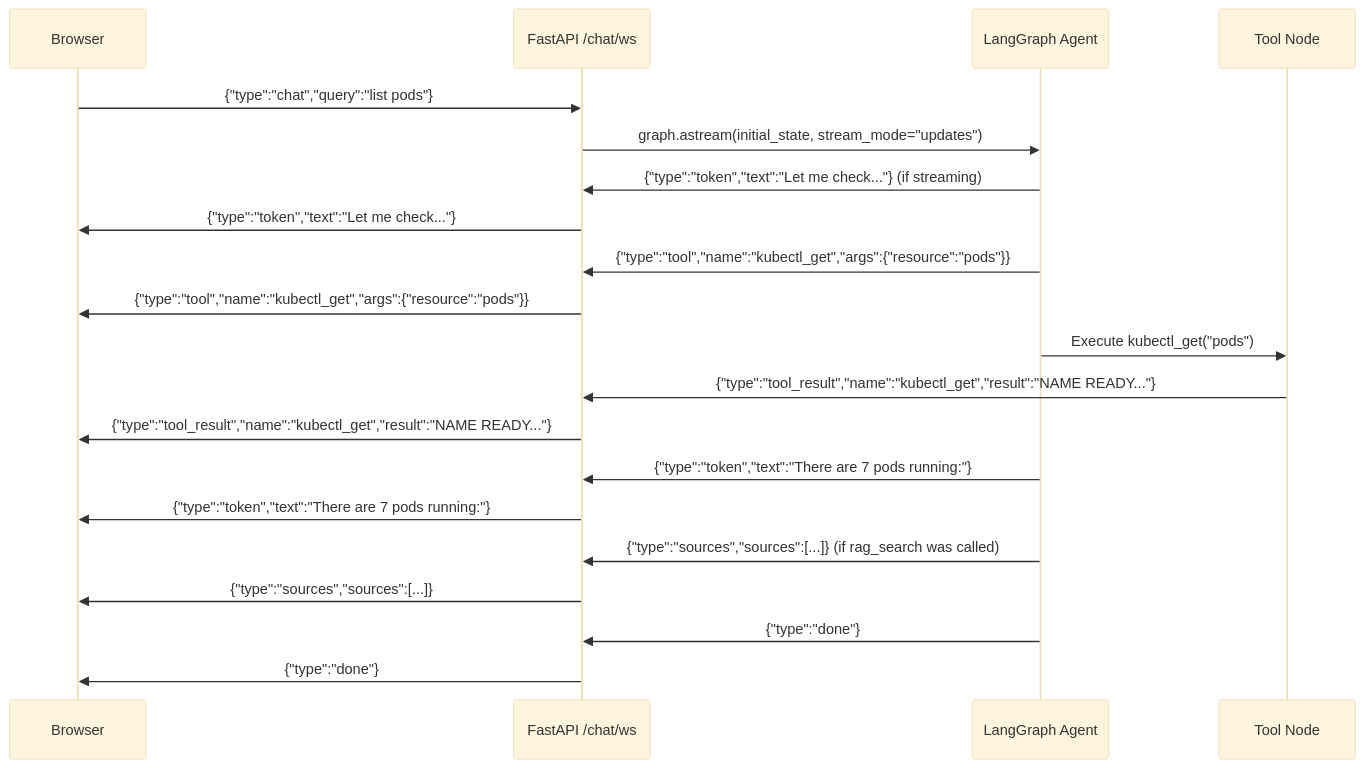
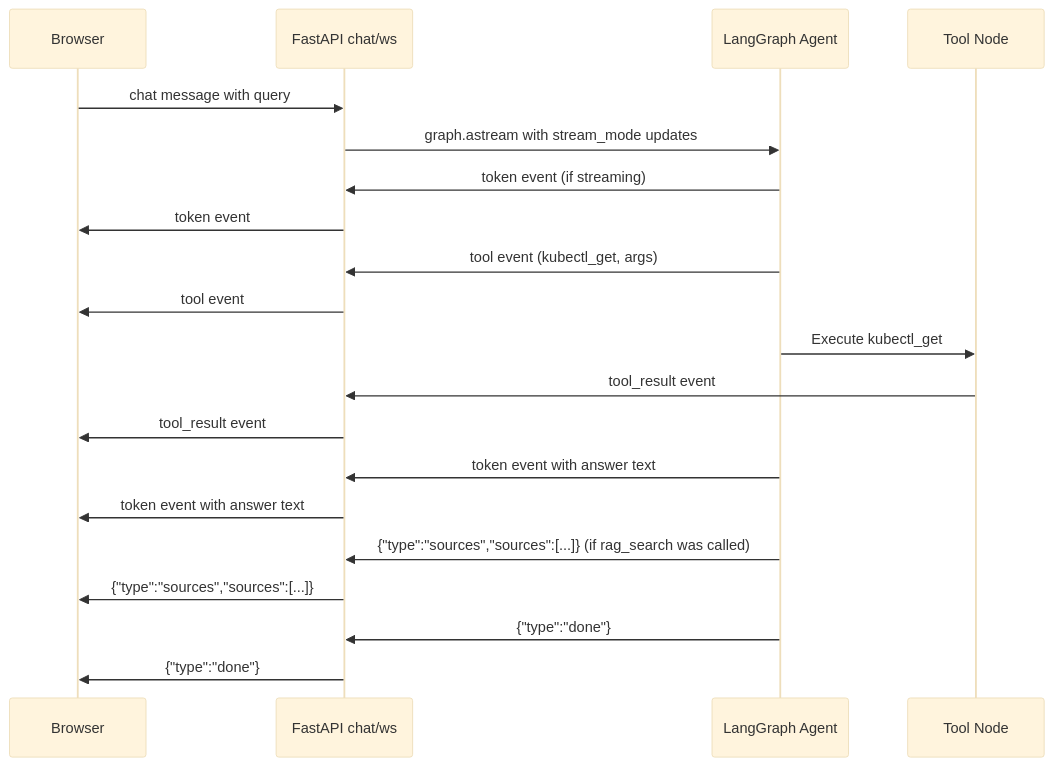
One commit to yessine15/sentinel changed diagram 17 of 29 in docs/PHASE2_EXPLAINED.md. Above: the diagram before and after it, drawn with Mermaid (base theme). The commit also changed other lines of this file, not shown here.

First line of the commit message:
docs: fix all mermaid v11.15.0 syntax errors in Phase 2 guide

````diff
--- a/docs/PHASE2_EXPLAINED.md
+++ b/docs/PHASE2_EXPLAINED.md
@@ -650,29 +639,29 @@
 ```mermaid
 sequenceDiagram
     participant Browser
-    participant Server as FastAPI /chat/ws
+    participant Server as FastAPI chat/ws
     participant Agent as LangGraph Agent
     participant Tools as Tool Node
 
-    Browser->>Server: {"type":"chat","query":"list pods"}
-    Server->>Agent: graph.astream(initial_state, stream_mode="updates")
+    Browser->>Server: chat message with query
+    Server->>Agent: graph.astream with stream_mode updates
 
-    Agent->>Server: {"type":"token","text":"Let me check..."} (if streaming)
-    Server->>Browser: {"type":"token","text":"Let me check..."}
+    Agent->>Server: token event (if streaming)
+    Server->>Browser: token event
 
-    Agent->>Server: {"type":"tool","name":"kubectl_get","args":{"resource":"pods"}}
-    Server->>Browser: {"type":"tool","name":"kubectl_get","args":{"resource":"pods"}}
+    Agent->>Server: tool event (kubectl_get, args)
+    Server->>Browser: tool event
 
-    Agent->>Tools: Execute kubectl_get("pods")
-    Tools->>Server: {"type":"tool_result","name":"kubectl_get","result":"NAME  READY..."}
-    Server->>Browser: {"type":"tool_result","name":"kubectl_get","result":"NAME  READY..."}
+    Agent->>Tools: Execute kubectl_get
+    Tools->>Server: tool_result event
+    Server->>Browser: tool_result event
 
-    Agent->>Server: {"type":"token","text":"There are 7 pods running:"}
-    Server->>Browser: {"type":"token","text":"There are 7 pods running:"}
+    Agent->>Server: token event with answer text
+    Server->>Browser: token event with answer text
 
     Agent->>Server: {"type":"sources","sources":[...]}  (if rag_search was called)
     Server->>Browser: {"type":"sources","sources":[...]}
 
     Agent->>Server: {"type":"done"}
     Server->>Browser: {"type":"done"}
 ```
````
